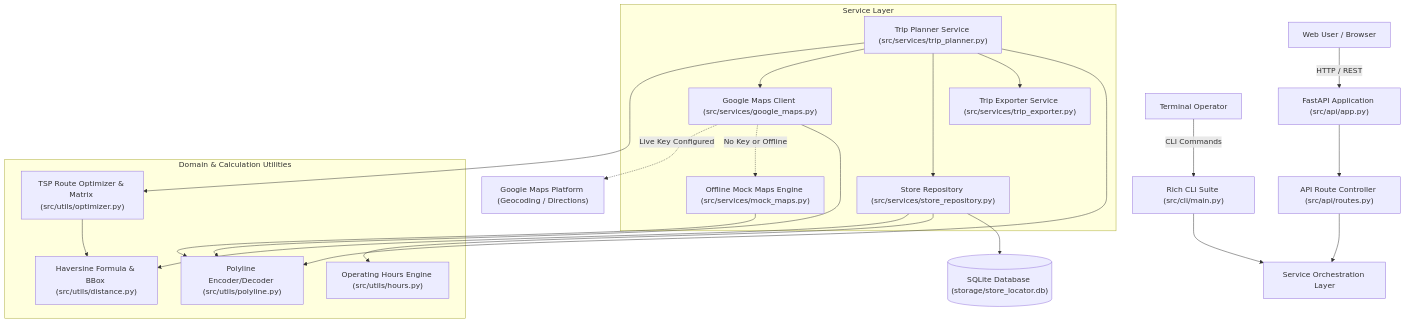
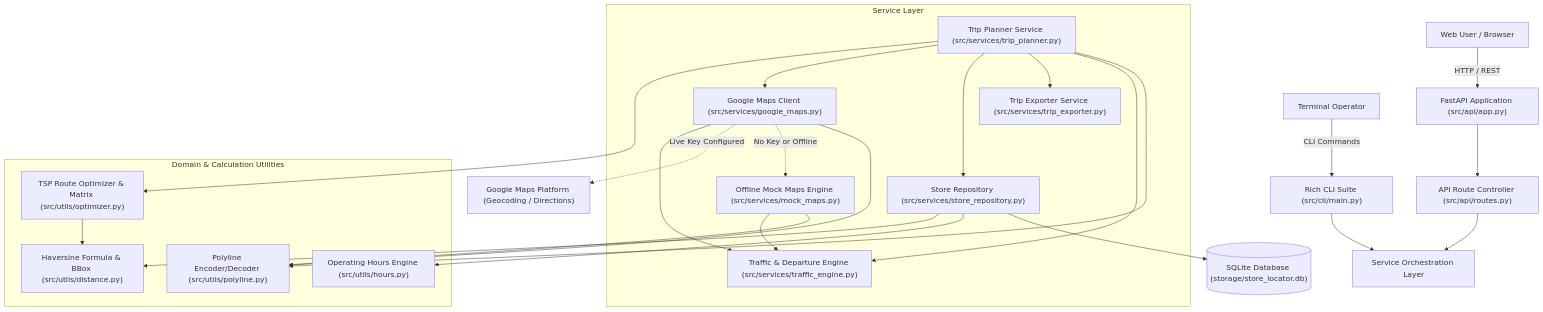
The diagram in README.md (breakingthebot/google-maps-store-locator-build140), drawn with Mermaid before and after one commit. The commit also changed other lines of this file and 17 other files, not shown here.

Commit message:
feat(traffic): add real-time traffic layer, colored segments, and predictive departure engine

````diff
--- a/README.md
+++ b/README.md
@@ -15,41 +15,45 @@
 ```mermaid
 graph TD
     User["Web User / Browser"] -->|HTTP / REST| App["FastAPI Application (src/api/app.py)"]
     CLIUser["Terminal Operator"] -->|CLI Commands| CLI["Rich CLI Suite (src/cli/main.py)"]
 
     App --> Routes["API Route Controller (src/api/routes.py)"]
     CLI --> ServiceLayer["Service Orchestration Layer"]
     Routes --> ServiceLayer
 
     subgraph Service Layer
         MapsClient["Google Maps Client (src/services/google_maps.py)"]
         MockMaps["Offline Mock Maps Engine (src/services/mock_maps.py)"]
         Repo["Store Repository (src/services/store_repository.py)"]
         TripPlanner["Trip Planner Service (src/services/trip_planner.py)"]
         TripExporter["Trip Exporter Service (src/services/trip_exporter.py)"]
+        TrafficEngine["Traffic & Departure Engine (src/services/traffic_engine.py)"]
     end
 
     subgraph Domain & Calculation Utilities
         Haversine["Haversine Formula & BBox (src/utils/distance.py)"]
         HoursCalc["Operating Hours Engine (src/utils/hours.py)"]
         Polyline["Polyline Encoder/Decoder (src/utils/polyline.py)"]
         Optimizer["TSP Route Optimizer & Matrix (src/utils/optimizer.py)"]
     end
 
     TripPlanner --> Optimizer
     TripPlanner --> MapsClient
     TripPlanner --> Repo
     TripPlanner --> TripExporter
+    TripPlanner --> TrafficEngine
+    MapsClient --> TrafficEngine
+    MockMaps --> TrafficEngine
 
     MapsClient -.->|Live Key Configured| LiveAPI["Google Maps Platform (Geocoding / Directions)"]
     MapsClient -.->|No Key or Offline| MockMaps
 
     Repo --> Haversine
     Repo --> HoursCalc
     Optimizer --> Haversine
     TripPlanner --> Polyline
     MapsClient --> Polyline
     MockMaps --> Polyline
 
     Repo --> SQLite[("SQLite Database (storage/store_locator.db)")]
 ```
````
